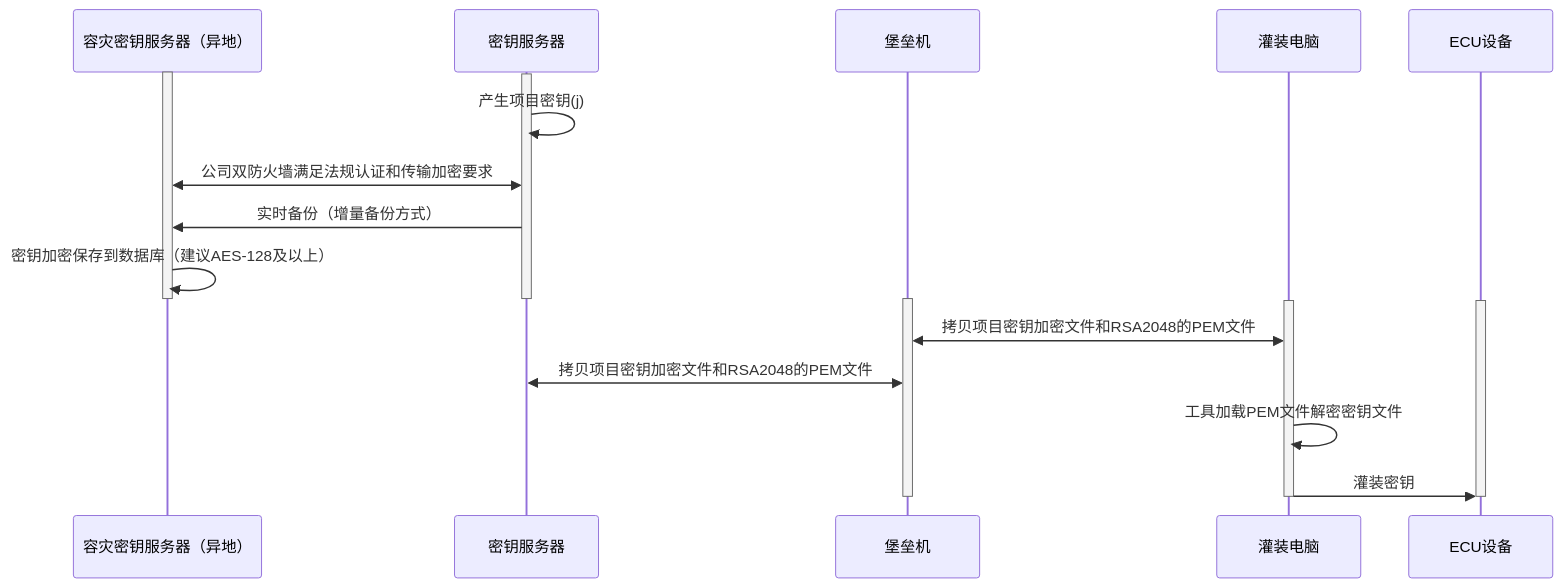
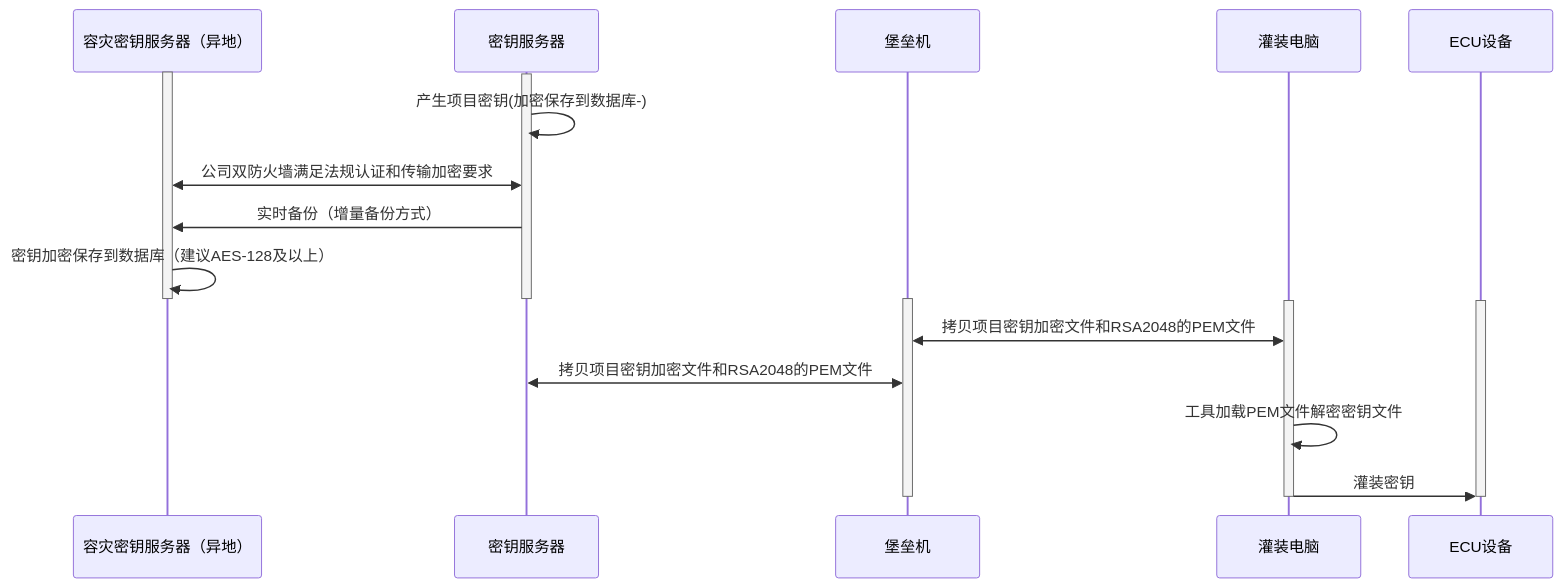
One commit to facebook-cloud/iodraw-files changed the diagram in all/未命名-15.md. Above: the diagram before and after it, drawn with Mermaid.

Commit message:
2026-02-07 10:27:44 update

````diff
--- a/all/未命名-15.md
+++ b/all/未命名-15.md
@@ -1,30 +1,30 @@
 ```mermaid
 sequenceDiagram
     participant A as 容灾密钥服务器（异地）
     participant B as 密钥服务器
     participant C as 堡垒机
     participant D as 灌装电脑
     participant E as ECU设备
 
     activate A
     activate B
-    B->>B: 产生项目密钥(j)
+    B->>B: 产生项目密钥(加密保存到数据库-)
     A<<->>B: 公司双防火墙满足法规认证和传输加密要求
     B->>A: 实时备份（增量备份方式）
     A->>A: 密钥加密保存到数据库（建议AES-128及以上）
     deactivate B
     deactivate A
 
     activate C
     activate D
     activate E
 
     D<<->>C: 拷贝项目密钥加密文件和RSA2048的PEM文件
     C<<->>B: 拷贝项目密钥加密文件和RSA2048的PEM文件
     D->>D:工具加载PEM文件解密密钥文件
     D->>E: 灌装密钥
     deactivate C
     deactivate D
     deactivate E
 
 ```
````
